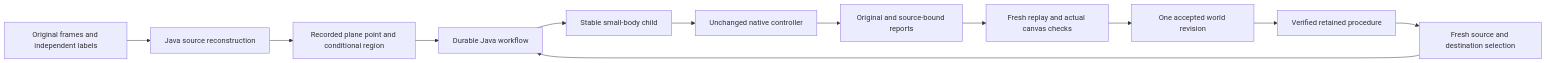
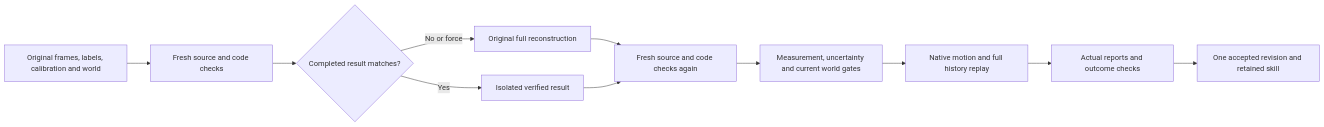
One commit to eyeoverthink/Fraynix-Agent-Workspace changed the diagram in README.md. Above: the diagram before and after it, drawn with Mermaid. The commit also changed other lines of this file and 90 other files, not shown here.

Commit message:
Document edition 163 recorded-workflow verification reuse

````diff
--- a/README.md
+++ b/README.md
@@ -104,14 +114,13 @@
 ```mermaid
 flowchart LR
-  Frames[Original frames and independent labels] --> Source[Java source reconstruction]
-  Source --> Region[Recorded plane point and conditional region]
-  Region --> Parent[Durable Java workflow]
-  Parent --> Child[Stable small-body child]
-  Child --> Native[Unchanged native controller]
-  Native --> Reports[Original and source-bound reports]
-  Reports --> Checks[Fresh replay and actual canvas checks]
-  Checks --> World[One accepted world revision]
-  World --> Skill[Verified retained procedure]
-  Skill --> Fresh[Fresh source and destination selection]
-  Fresh --> Parent
+  Inputs[Original frames, labels, calibration and world] --> Before[Fresh source and code checks]
+  Before --> Match{Completed result matches?}
+  Match -->|No or force| Replay[Original full reconstruction]
+  Match -->|Yes| Copy[Isolated verified result]
+  Replay --> After[Fresh source and code checks again]
+  Copy --> After
+  After --> Gates[Measurement, uncertainty and current world gates]
+  Gates --> Native[Native motion and full history replay]
+  Native --> Canvas[Actual reports and outcome checks]
+  Canvas --> Commit[One accepted revision and retained skill]
 ```
````
